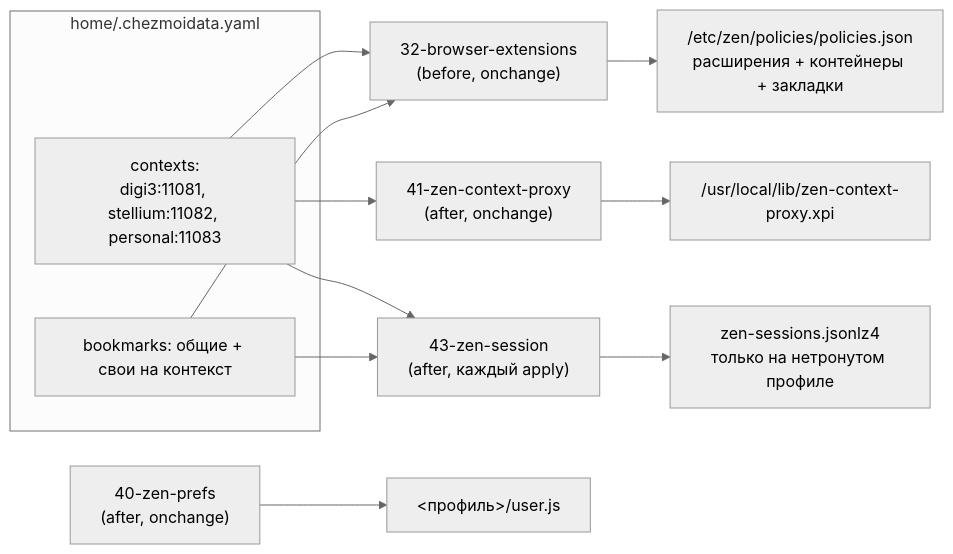
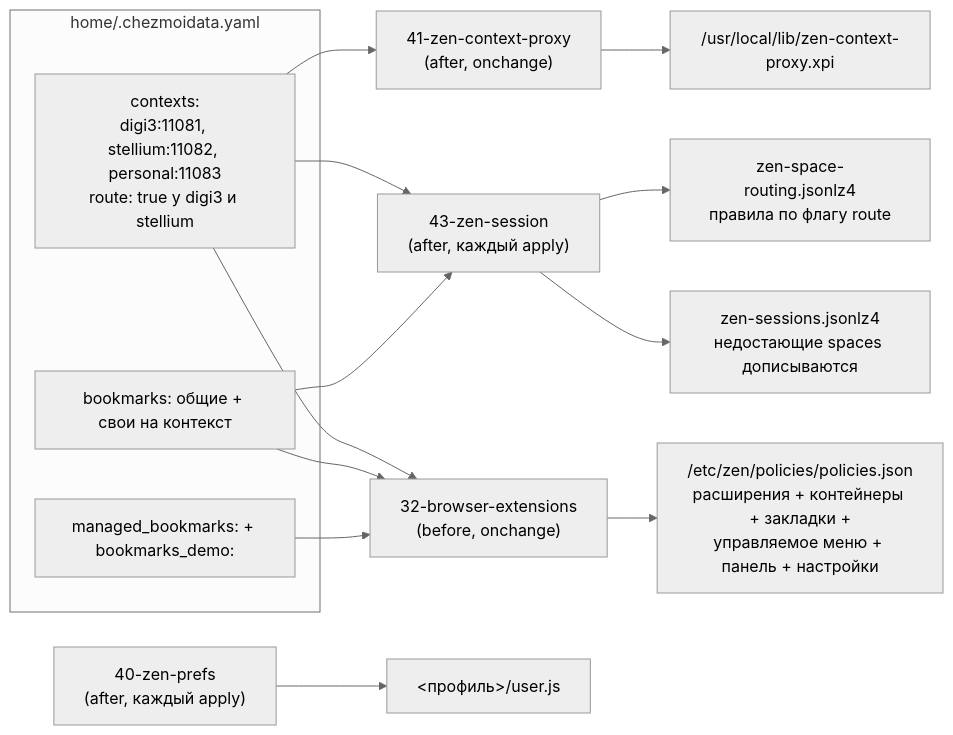
One commit to stpntkhnv/dotfiles changed the first of 2 diagrams in docs/isolation-browser.md. Above: the diagram before and after it, drawn with Mermaid (neutral theme). The commit also changed other lines of this file and 10 other files, not shown here.

````diff
--- a/docs/isolation-browser.md
+++ b/docs/isolation-browser.md
@@ -55,25 +58,28 @@
 ```mermaid
 flowchart LR
     subgraph DATA["home/.chezmoidata.yaml"]
-        CTX["contexts:<br/>digi3:11081, stellium:11082, personal:11083"]
+        CTX["contexts:<br/>digi3:11081, stellium:11082, personal:11083<br/>route: true у digi3 и stellium"]
         BM["bookmarks: общие + свои на контекст"]
+        MB["managed_bookmarks: + bookmarks_demo:"]
     end
 
     S32["32-browser-extensions<br/>(before, onchange)"]
-    S40["40-zen-prefs<br/>(after, onchange)"]
+    S40["40-zen-prefs<br/>(after, каждый apply)"]
     S41["41-zen-context-proxy<br/>(after, onchange)"]
     S43["43-zen-session<br/>(after, каждый apply)"]
 
     CTX --> S32
     BM --> S32
-    S32 --> POL["/etc/zen/policies/policies.json<br/>расширения + контейнеры + закладки"]
+    MB --> S32
+    S32 --> POL["/etc/zen/policies/policies.json<br/>расширения + контейнеры + закладки +<br/>управляемое меню + панель + настройки"]
 
     CTX --> S41
     S41 --> XPI["/usr/local/lib/zen-context-proxy.xpi"]
 
     S40 --> UJS["&lt;профиль&gt;/user.js"]
 
     CTX --> S43
     BM --> S43
-    S43 --> SESS["zen-sessions.jsonlz4<br/>только на нетронутом профиле"]
+    S43 --> SESS["zen-sessions.jsonlz4<br/>недостающие spaces дописываются"]
+    S43 --> ROUTE["zen-space-routing.jsonlz4<br/>правила по флагу route"]
 ```
````
